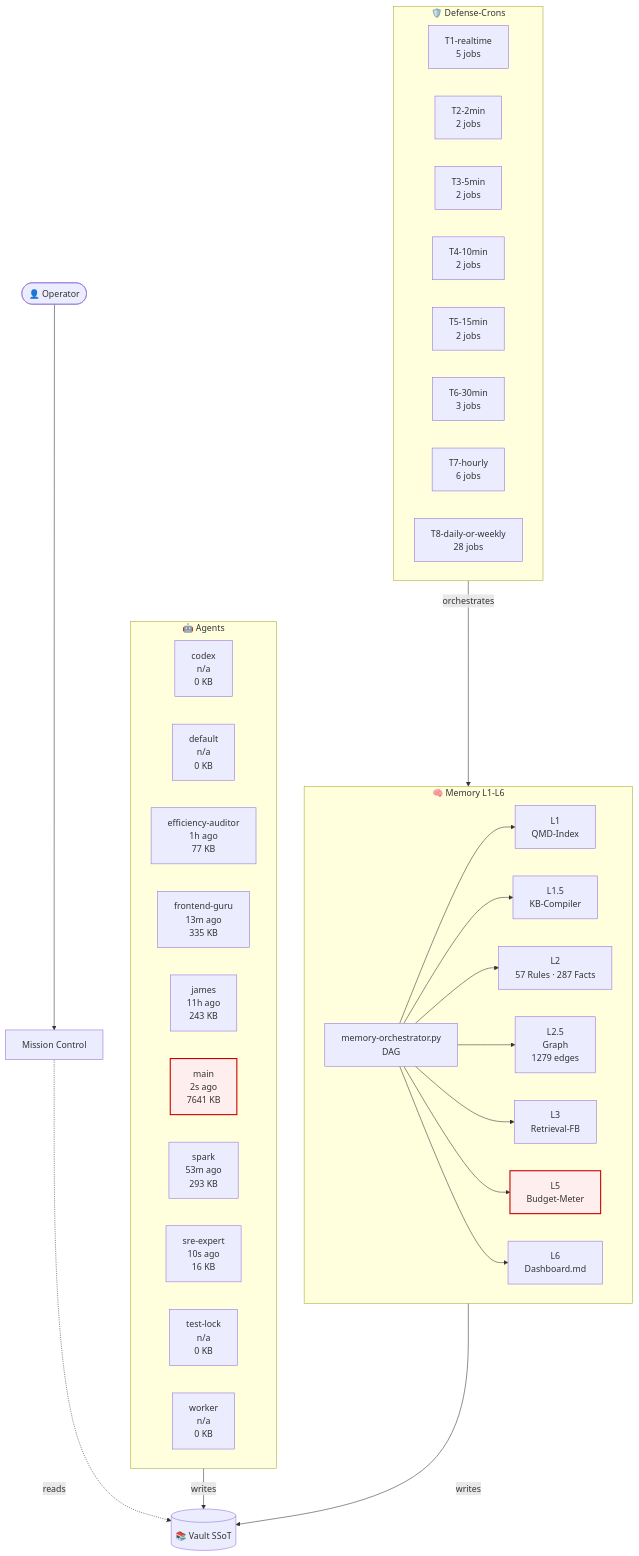
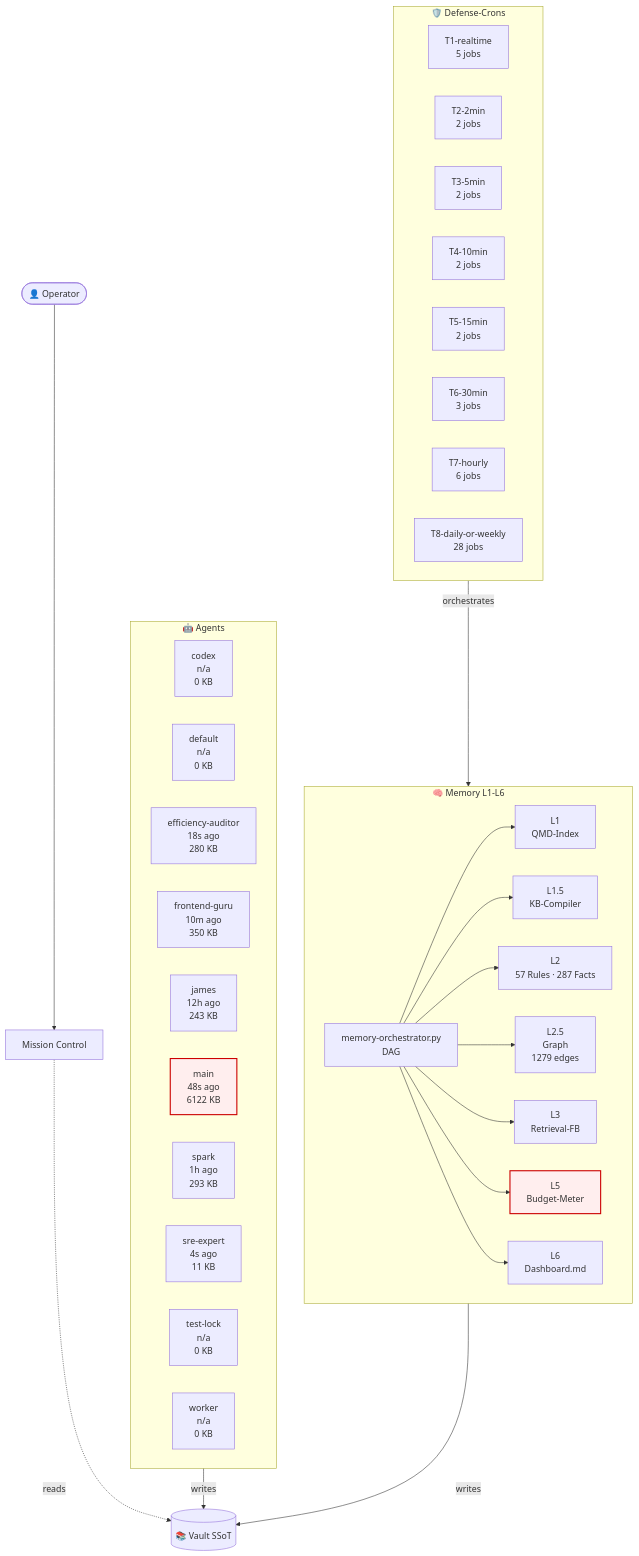
The diagram in 03-Agents/architecture-live.md (lenardhuebner88-rgb/openclaw-memory), drawn with Mermaid before and after one commit. The commit also changed other lines of this file and 10 other files, not shown here.

````diff
--- a/03-Agents/architecture-live.md
+++ b/03-Agents/architecture-live.md
@@ -18,53 +18,53 @@
 ```mermaid
 flowchart TB
     classDef critical fill:#fee,stroke:#c00,stroke-width:2px;
     subgraph AGT["🤖 Agents"]
         agent_codex["codex<br/>n/a<br/>0 KB"]
         agent_default["default<br/>n/a<br/>0 KB"]
-        agent_efficiency_auditor["efficiency-auditor<br/>1h ago<br/>77 KB"]
-        agent_frontend_guru["frontend-guru<br/>13m ago<br/>335 KB"]
-        agent_james["james<br/>11h ago<br/>243 KB"]
-        agent_main["main<br/>2s ago<br/>7641 KB"]
-        agent_spark["spark<br/>53m ago<br/>293 KB"]
-        agent_sre_expert["sre-expert<br/>10s ago<br/>16 KB"]
+        agent_efficiency_auditor["efficiency-auditor<br/>18s ago<br/>280 KB"]
+        agent_frontend_guru["frontend-guru<br/>10m ago<br/>350 KB"]
+        agent_james["james<br/>12h ago<br/>243 KB"]
+        agent_main["main<br/>48s ago<br/>6122 KB"]
+        agent_spark["spark<br/>1h ago<br/>293 KB"]
+        agent_sre_expert["sre-expert<br/>4s ago<br/>11 KB"]
         agent_test_lock["test-lock<br/>n/a<br/>0 KB"]
         agent_worker["worker<br/>n/a<br/>0 KB"]
     end
     subgraph MEM["🧠 Memory L1-L6"]
         L1["L1<br/>QMD-Index"]
         L15["L1.5<br/>KB-Compiler"]
         L2["L2<br/>57 Rules · 287 Facts"]
         L25["L2.5<br/>Graph<br/>1279 edges"]
         L3["L3<br/>Retrieval-FB"]
         L5["L5<br/>Budget-Meter"]
         L6["L6<br/>Dashboard.md"]
         ORCH["memory-orchestrator.py<br/>DAG"]
     end
     subgraph CRN["🛡️ Defense-Crons"]
         tier_T1_realtime["T1-realtime<br/>5 jobs"]
         tier_T2_2min["T2-2min<br/>2 jobs"]
         tier_T3_5min["T3-5min<br/>2 jobs"]
         tier_T4_10min["T4-10min<br/>2 jobs"]
         tier_T5_15min["T5-15min<br/>2 jobs"]
         tier_T6_30min["T6-30min<br/>3 jobs"]
         tier_T7_hourly["T7-hourly<br/>6 jobs"]
         tier_T8_daily_or_weekly["T8-daily-or-weekly<br/>28 jobs"]
     end
     VAULT[("📚 Vault SSoT")]
     OP([👤 Operator])
     MC["Mission Control"]
     OP --> MC
     MC -.reads.-> VAULT
     AGT -->|writes| VAULT
     MEM -->|writes| VAULT
     ORCH --> L1
     ORCH --> L15
     ORCH --> L2
     ORCH --> L25
     ORCH --> L3
     ORCH --> L5
     ORCH --> L6
     CRN -->|orchestrates| MEM
     class L5 critical
     class agent_main critical
 ```
````
